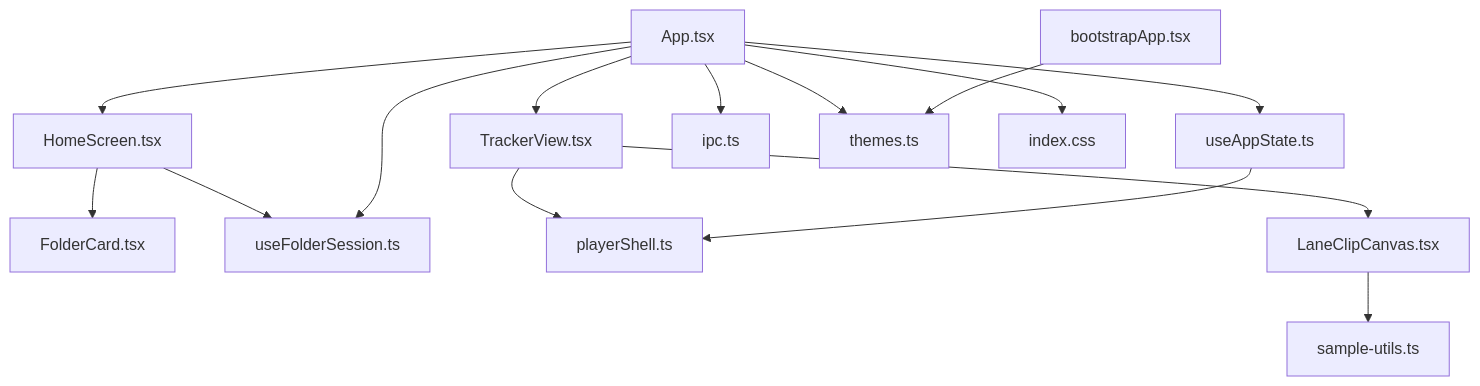
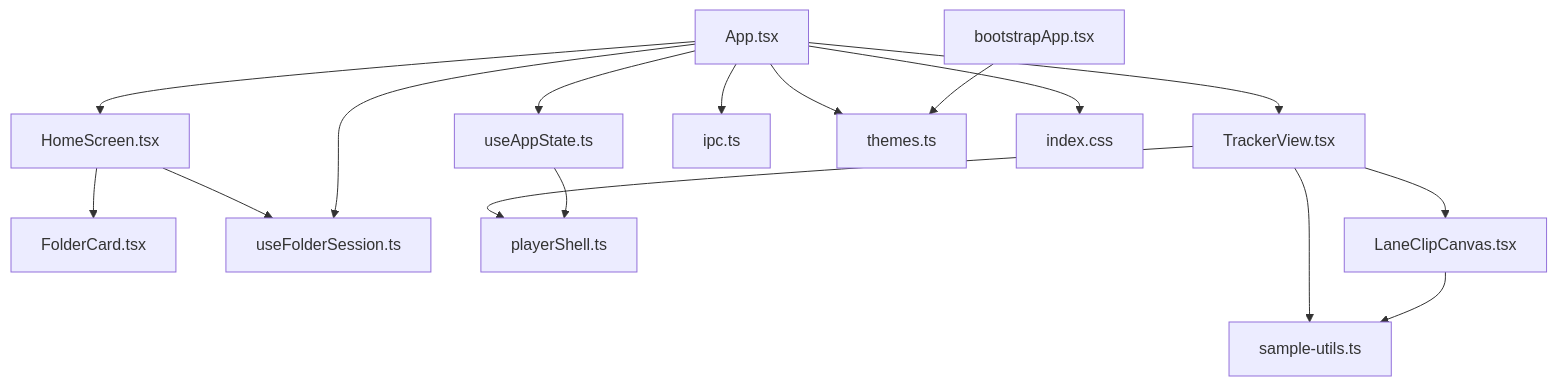
One commit to satyrlord/mixjam-electron changed the seventh of 7 diagrams in .qoder/repowiki/en/content/Core Components/UI Components.md. Above: the diagram before and after it, drawn with Mermaid. The commit also changed other lines of this file and 45 other files, not shown here.

````diff
--- a/.qoder/repowiki/en/content/Core Components/UI Components.md
+++ b/.qoder/repowiki/en/content/Core Components/UI Components.md
@@ -488,17 +511,18 @@
 ```mermaid
 graph TB
 Home["HomeScreen.tsx"] --> FolderCard["FolderCard.tsx"]
 Home --> FS["useFolderSession.ts"]
 App["App.tsx"] --> Home
 App --> Tracker["TrackerView.tsx"]
 App --> FS
 App --> AS["useAppState.ts"]
 Tracker --> PS["playerShell.ts"]
 Tracker --> LCC["LaneClipCanvas.tsx"]
-LCC --> SU["sample-utils.ts"]
+Tracker --> SU["sample-utils.ts"]
+LCC --> SU
 AS --> PS
 App --> IPC["ipc.ts"]
 App --> Theme["themes.ts"]
 App --> Styles["index.css"]
 Bootstrap["bootstrapApp.tsx"] --> Theme
 ```
````
